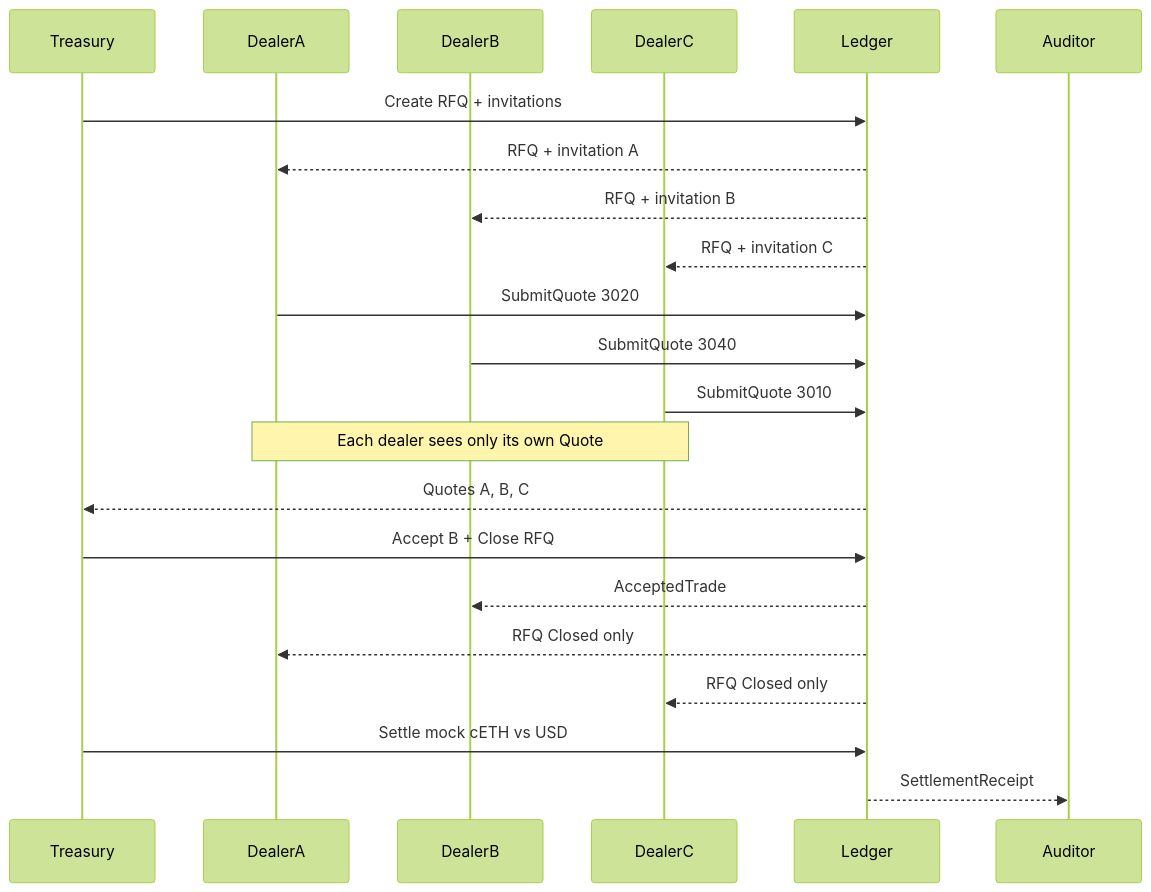
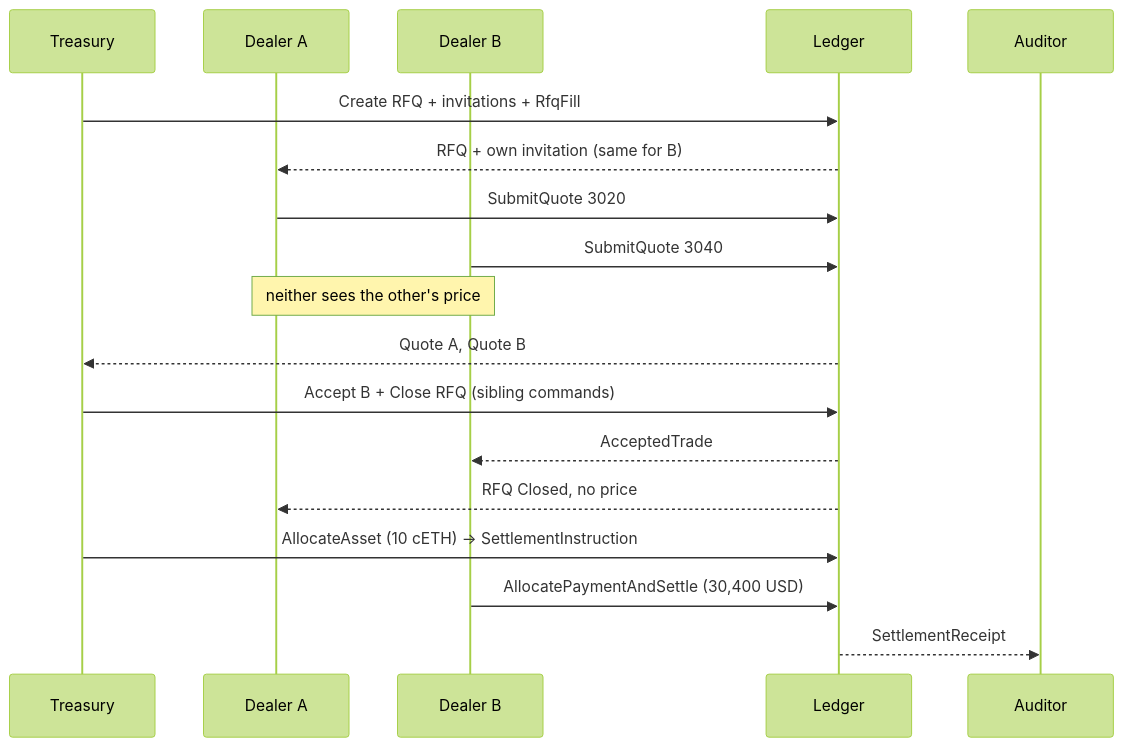
Before and after one commit to spyderboy92/hackcanton-season-3-treasury-sell: the third of 3 diagrams in README.md, drawn with Mermaid (forest theme). The commit also changed other lines of this file and 3 other files, not shown here.

````diff
--- a/README.md
+++ b/README.md
@@ -50,25 +97,20 @@
 ```mermaid
 sequenceDiagram
   participant T as Treasury
-  participant A as DealerA
-  participant B as DealerB
-  participant C as DealerC
+  participant A as Dealer A
+  participant B as Dealer B
   participant L as Ledger
-  participant Aud as Auditor
-
-  T->>L: Create RFQ + invitations
-  L-->>A: RFQ + invitation A
-  L-->>B: RFQ + invitation B
-  L-->>C: RFQ + invitation C
+  participant Au as Auditor
+  T->>L: Create RFQ + invitations + RfqFill
+  L-->>A: RFQ + own invitation (same for B)
   A->>L: SubmitQuote 3020
   B->>L: SubmitQuote 3040
-  C->>L: SubmitQuote 3010
-  Note over A,C: Each dealer sees only its own Quote
-  L-->>T: Quotes A, B, C
-  T->>L: Accept B + Close RFQ
+  Note over A,B: neither sees the other's price
+  L-->>T: Quote A, Quote B
+  T->>L: Accept B + Close RFQ (sibling commands)
   L-->>B: AcceptedTrade
-  L-->>A: RFQ Closed only
-  L-->>C: RFQ Closed only
-  T->>L: Settle mock cETH vs USD
-  L-->>Aud: SettlementReceipt
+  L-->>A: RFQ Closed, no price
+  T->>L: AllocateAsset (10 cETH) -> SettlementInstruction
+  B->>L: AllocatePaymentAndSettle (30,400 USD)
+  L-->>Au: SettlementReceipt
 ```
````
